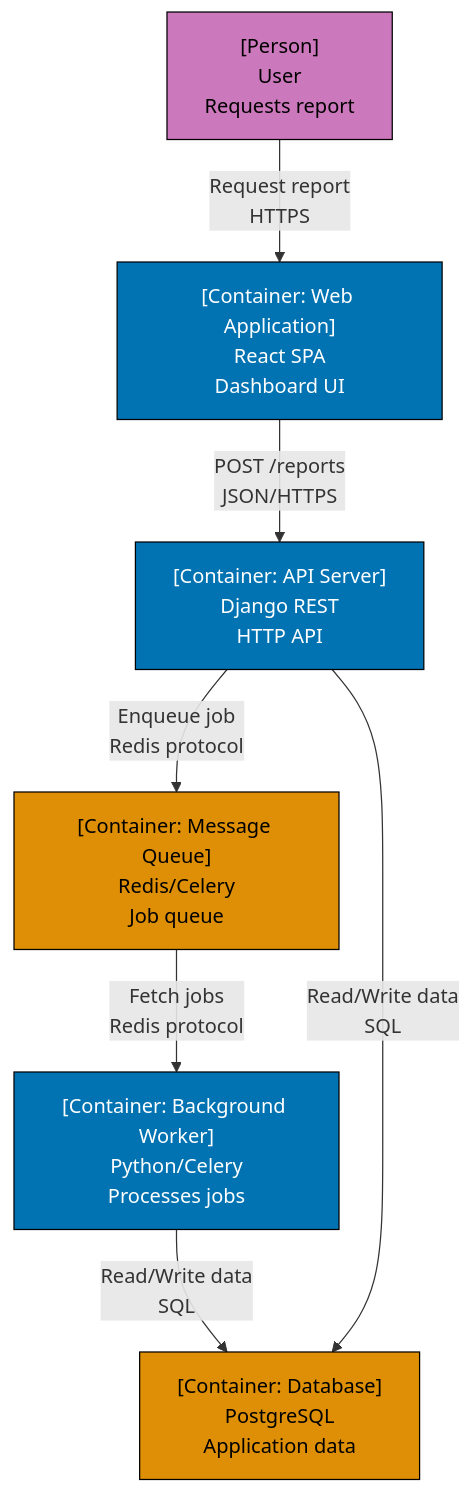
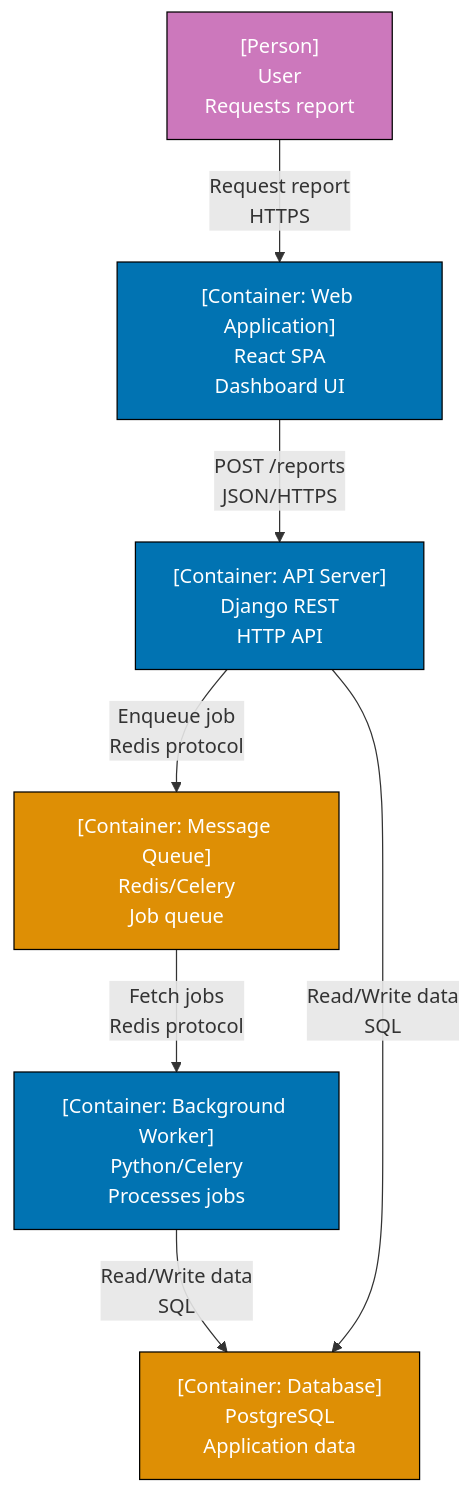
Before and after one commit to wahidyankf/open-sharia-enterprise: diagram 15 of 30 in apps/ayokoding-web/content/en/learn/software-engineering/architecture/c4-architecture-model/by-example/beginner.md, drawn with Mermaid. The commit also changed other lines of this file and 61 other files, not shown here.

First line of the commit message:
fix(ayokoding-web): quote Mermaid node labels with special characters in Example 63

````diff
--- a/apps/ayokoding-web/content/en/learn/software-engineering/architecture/c4-architecture-model/by-example/beginner.md
+++ b/apps/ayokoding-web/content/en/learn/software-engineering/architecture/c4-architecture-model/by-example/beginner.md
@@ -545,24 +545,24 @@
 ```mermaid
 graph TD
     User["[Person]<br/>User<br/>Requests report"]
 
     WebApp["[Container: Web Application]<br/>React SPA<br/>Dashboard UI"]
     APIServer["[Container: API Server]<br/>Django REST<br/>HTTP API"]
     JobQueue["[Container: Message Queue]<br/>Redis/Celery<br/>Job queue"]
     Worker["[Container: Background Worker]<br/>Python/Celery<br/>Processes jobs"]
     Database["[Container: Database]<br/>PostgreSQL<br/>Application data"]
 
     User -->|"Request report<br/>HTTPS"| WebApp
     WebApp -->|"POST /reports<br/>JSON/HTTPS"| APIServer
     APIServer -->|"Enqueue job<br/>Redis protocol"| JobQueue
     JobQueue -->|"Fetch jobs<br/>Redis protocol"| Worker
     Worker -->|"Read/Write data<br/>SQL"| Database
     APIServer -->|"Read/Write data<br/>SQL"| Database
 
-    style User fill:#CC78BC,stroke:#000,color:#000
+    style User fill:#CC78BC,stroke:#000,color:#fff
     style WebApp fill:#0173B2,stroke:#000,color:#fff
     style APIServer fill:#0173B2,stroke:#000,color:#fff
-    style JobQueue fill:#DE8F05,stroke:#000,color:#000
+    style JobQueue fill:#DE8F05,stroke:#000,color:#fff
     style Worker fill:#0173B2,stroke:#000,color:#fff
-    style Database fill:#DE8F05,stroke:#000,color:#000
+    style Database fill:#DE8F05,stroke:#000,color:#fff
 ```
````
